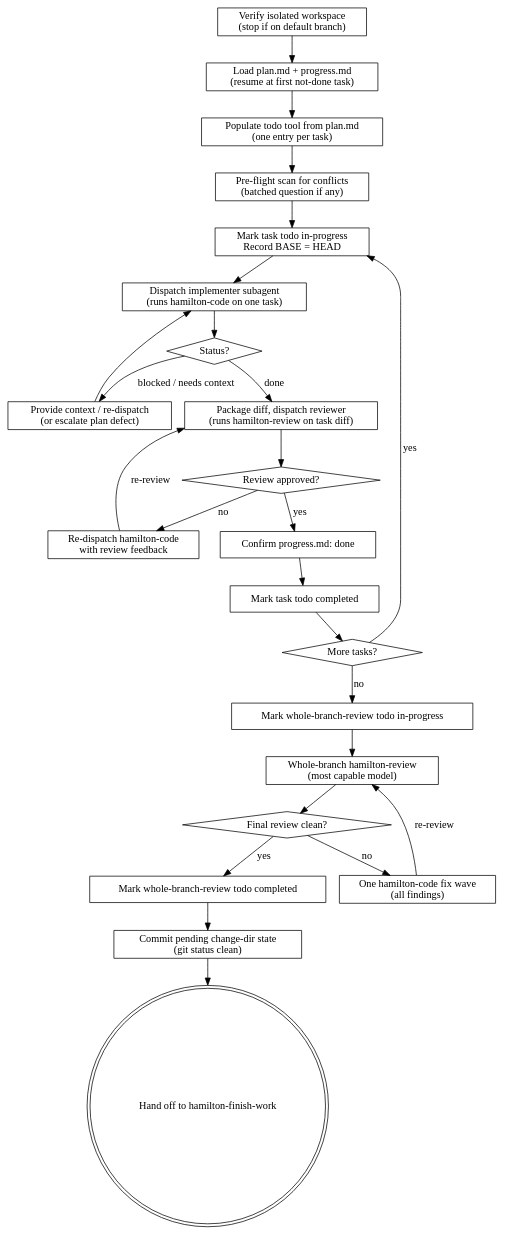
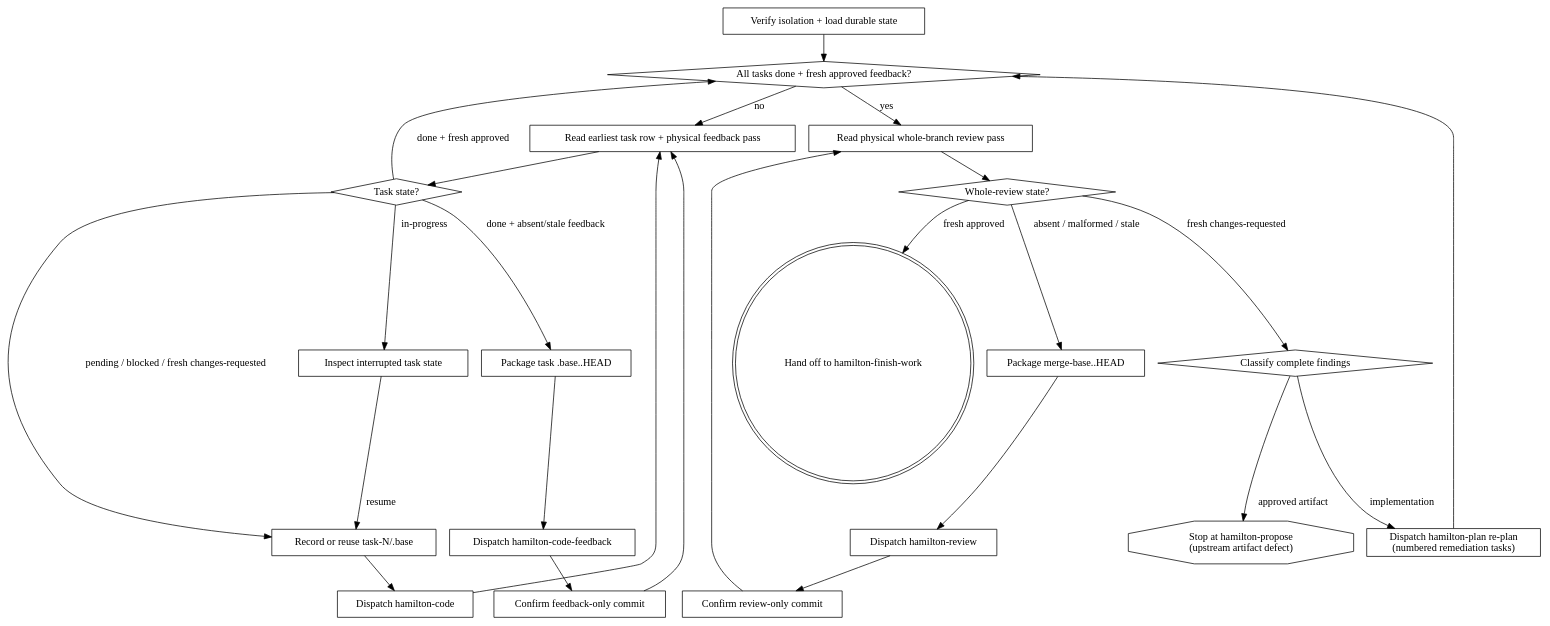
One commit to caiorcferreira/hamilton changed the diagram in skills/hamilton-orchestrate/SKILL.md. Above: the diagram before and after it, drawn with Graphviz. The commit also changed other lines of this file and 7 other files, not shown here.

Commit message:
feat(skills): orchestrate split feedback and review gates

````diff
--- a/skills/hamilton-orchestrate/SKILL.md
+++ b/skills/hamilton-orchestrate/SKILL.md
@@ -260,50 +275,48 @@
 ```dot
 digraph hamilton_orchestrate {
-    "Verify isolated workspace\n(stop if on default branch)" [shape=box];
-    "Load plan.md + progress.md\n(resume at first not-done task)" [shape=box];
-    "Populate todo tool from plan.md\n(one entry per task)" [shape=box];
-    "Pre-flight scan for conflicts\n(batched question if any)" [shape=box];
-    "Mark task todo in-progress\nRecord BASE = HEAD" [shape=box];
-    "Dispatch implementer subagent\n(runs hamilton-code on one task)" [shape=box];
-    "Status?" [shape=diamond];
-    "Provide context / re-dispatch\n(or escalate plan defect)" [shape=box];
-    "Package diff, dispatch reviewer\n(runs hamilton-review on task diff)" [shape=box];
-    "Review approved?" [shape=diamond];
-    "Re-dispatch hamilton-code\nwith review feedback" [shape=box];
-    "Confirm progress.md: done" [shape=box];
-    "Mark task todo completed" [shape=box];
-    "More tasks?" [shape=diamond];
-    "Mark whole-branch-review todo in-progress" [shape=box];
-    "Whole-branch hamilton-review\n(most capable model)" [shape=box];
-    "Final review clean?" [shape=diamond];
-    "One hamilton-code fix wave\n(all findings)" [shape=box];
-    "Mark whole-branch-review todo completed" [shape=box];
-    "Commit pending change-dir state\n(git status clean)" [shape=box];
+    "Verify isolation + load durable state" [shape=box];
+    "All tasks done + fresh approved feedback?" [shape=diamond];
+    "Read earliest task row + physical feedback pass" [shape=box];
+    "Task state?" [shape=diamond];
+    "Inspect interrupted task state" [shape=box];
+    "Record or reuse task-N/.base" [shape=box];
+    "Dispatch hamilton-code" [shape=box];
+    "Package task .base..HEAD" [shape=box];
+    "Dispatch hamilton-code-feedback" [shape=box];
+    "Confirm feedback-only commit" [shape=box];
+    "Read physical whole-branch review pass" [shape=box];
+    "Whole-review state?" [shape=diamond];
+    "Package merge-base..HEAD" [shape=box];
+    "Dispatch hamilton-review" [shape=box];
+    "Confirm review-only commit" [shape=box];
+    "Classify complete findings" [shape=diamond];
+    "Dispatch hamilton-plan re-plan\n(numbered remediation tasks)" [shape=box];
+    "Stop at hamilton-propose\n(upstream artifact defect)" [shape=octagon];
     "Hand off to hamilton-finish-work" [shape=doublecircle];
 
-    "Verify isolated workspace\n(stop if on default branch)" -> "Load plan.md + progress.md\n(resume at first not-done task)";
-    "Load plan.md + progress.md\n(resume at first not-done task)" -> "Populate todo tool from plan.md\n(one entry per task)";
-    "Populate todo tool from plan.md\n(one entry per task)" -> "Pre-flight scan for conflicts\n(batched question if any)";
-    "Pre-flight scan for conflicts\n(batched question if any)" -> "Mark task todo in-progress\nRecord BASE = HEAD";
-    "Mark task todo in-progress\nRecord BASE = HEAD" -> "Dispatch implementer subagent\n(runs hamilton-code on one task)";
-    "Dispatch implementer subagent\n(runs hamilton-code on one task)" -> "Status?";
-    "Status?" -> "Provide context / re-dispatch\n(or escalate plan defect)" [label="blocked / needs context"];
-    "Provide context / re-dispatch\n(or escalate plan defect)" -> "Dispatch implementer subagent\n(runs hamilton-code on one task)";
-    "Status?" -> "Package diff, dispatch reviewer\n(runs hamilton-review on task diff)" [label="done"];
-    "Package diff, dispatch reviewer\n(runs hamilton-review on task diff)" -> "Review approved?";
-    "Review approved?" -> "Re-dispatch hamilton-code\nwith review feedback" [label="no"];
-    "Re-dispatch hamilton-code\nwith review feedback" -> "Package diff, dispatch reviewer\n(runs hamilton-review on task diff)" [label="re-review"];
-    "Review approved?" -> "Confirm progress.md: done" [label="yes"];
-    "Confirm progress.md: done" -> "Mark task todo completed";
-    "Mark task todo completed" -> "More tasks?";
-    "More tasks?" -> "Mark task todo in-progress\nRecord BASE = HEAD" [label="yes"];
-    "More tasks?" -> "Mark whole-branch-review todo in-progress" [label="no"];
-    "Mark whole-branch-review todo in-progress" -> "Whole-branch hamilton-review\n(most capable model)";
-    "Whole-branch hamilton-review\n(most capable model)" -> "Final review clean?";
-    "Final review clean?" -> "One hamilton-code fix wave\n(all findings)" [label="no"];
-    "One hamilton-code fix wave\n(all findings)" -> "Whole-branch hamilton-review\n(most capable model)" [label="re-review"];
-    "Final review clean?" -> "Mark whole-branch-review todo completed" [label="yes"];
-    "Mark whole-branch-review todo completed" -> "Commit pending change-dir state\n(git status clean)";
-    "Commit pending change-dir state\n(git status clean)" -> "Hand off to hamilton-finish-work";
+    "Verify isolation + load durable state" -> "All tasks done + fresh approved feedback?";
+    "All tasks done + fresh approved feedback?" -> "Read earliest task row + physical feedback pass" [label="no"];
+    "Read earliest task row + physical feedback pass" -> "Task state?";
+    "Task state?" -> "Inspect interrupted task state" [label="in-progress"];
+    "Inspect interrupted task state" -> "Record or reuse task-N/.base" [label="resume"];
+    "Task state?" -> "Record or reuse task-N/.base" [label="pending / blocked / fresh changes-requested"];
+    "Record or reuse task-N/.base" -> "Dispatch hamilton-code";
+    "Dispatch hamilton-code" -> "Read earliest task row + physical feedback pass";
+    "Task state?" -> "Package task .base..HEAD" [label="done + absent/stale feedback"];
+    "Package task .base..HEAD" -> "Dispatch hamilton-code-feedback";
+    "Dispatch hamilton-code-feedback" -> "Confirm feedback-only commit";
+    "Confirm feedback-only commit" -> "Read earliest task row + physical feedback pass";
+    "Task state?" -> "All tasks done + fresh approved feedback?" [label="done + fresh approved"];
+    "All tasks done + fresh approved feedback?" -> "Read physical whole-branch review pass" [label="yes"];
+    "Read physical whole-branch review pass" -> "Whole-review state?";
+    "Whole-review state?" -> "Package merge-base..HEAD" [label="absent / malformed / stale"];
+    "Package merge-base..HEAD" -> "Dispatch hamilton-review";
+    "Dispatch hamilton-review" -> "Confirm review-only commit";
+    "Confirm review-only commit" -> "Read physical whole-branch review pass";
+    "Whole-review state?" -> "Classify complete findings" [label="fresh changes-requested"];
+    "Classify complete findings" -> "Dispatch hamilton-plan re-plan\n(numbered remediation tasks)" [label="implementation"];
+    "Dispatch hamilton-plan re-plan\n(numbered remediation tasks)" -> "All tasks done + fresh approved feedback?";
+    "Classify complete findings" -> "Stop at hamilton-propose\n(upstream artifact defect)" [label="approved artifact"];
+    "Whole-review state?" -> "Hand off to hamilton-finish-work" [label="fresh approved"];
 }
 ```
````
